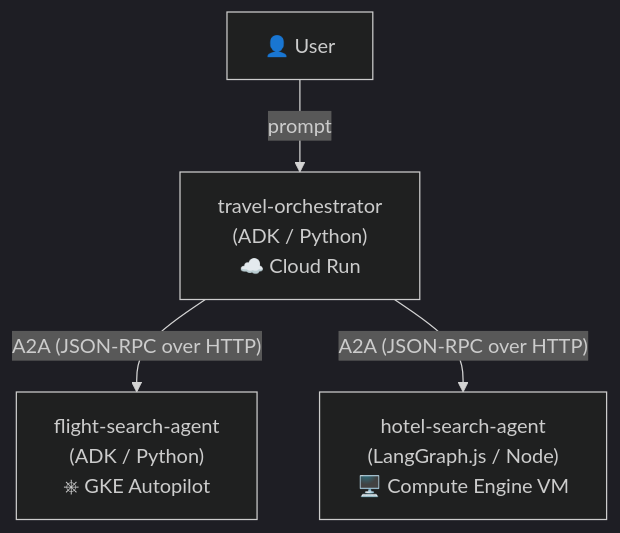
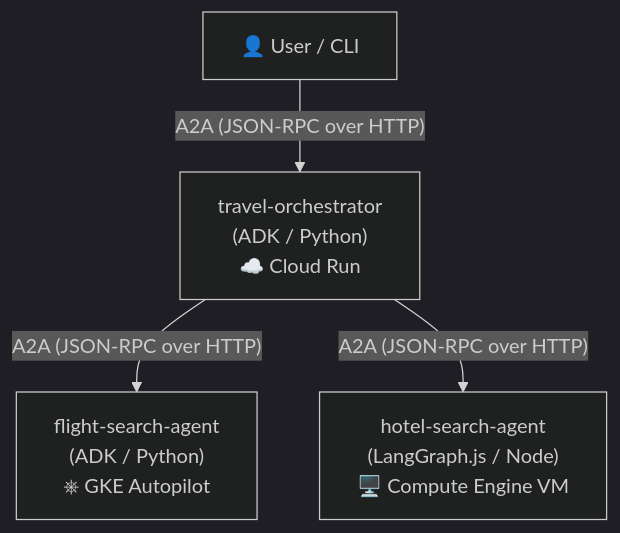
One commit to adityajoshi12/ai-workshops changed the diagram in a2a-communication/README.md. Above: the diagram before and after it, drawn with Mermaid (dark theme). The commit also changed other lines of this file and 10 other files, not shown here.

````diff
--- a/a2a-communication/README.md
+++ b/a2a-communication/README.md
@@ -8,11 +8,11 @@
 ```mermaid
 flowchart TD
-    User["👤 User"]
+    User["👤 User / CLI"]
     Orch["travel-orchestrator\n(ADK / Python)\n☁️ Cloud Run"]
     Flight["flight-search-agent\n(ADK / Python)\n⎈ GKE Autopilot"]
     Hotel["hotel-search-agent\n(LangGraph.js / Node)\n🖥️ Compute Engine VM"]
 
-    User -- prompt --> Orch
+    User -- "A2A (JSON-RPC over HTTP)" --> Orch
     Orch -- "A2A (JSON-RPC over HTTP)" --> Flight
     Orch -- "A2A (JSON-RPC over HTTP)" --> Hotel
 ```
````
